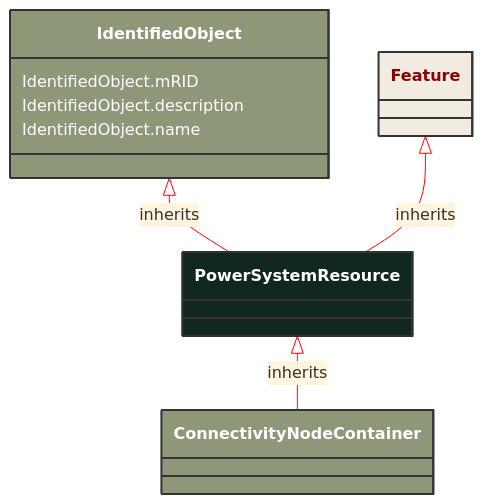
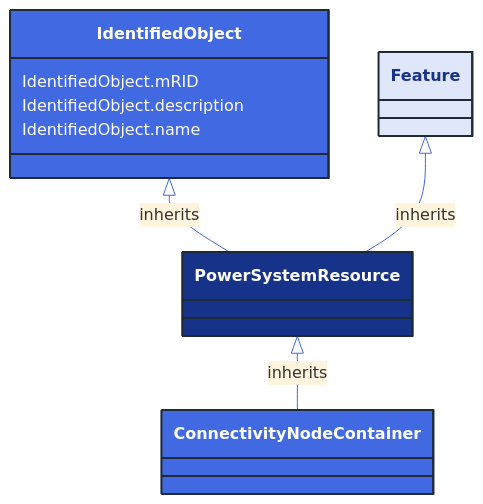
Before and after one commit to 3lbits/NoCIMExtensions: the diagram in docs/Models/Profiles/GridCapacity/AbstractClasses/PowerSystemResource.md, drawn with Mermaid. The commit also changed 362 other files, not shown here.

First line of the commit message:
Update diagrams and styles for improved visual consistency

````diff
--- a/docs/Models/Profiles/GridCapacity/AbstractClasses/PowerSystemResource.md
+++ b/docs/Models/Profiles/GridCapacity/AbstractClasses/PowerSystemResource.md
@@ -10,27 +10,27 @@
 ```mermaid
-%%{init: {'theme':'base','themeVariables': {'lineColor': '#FF0000'}}}%%
+%%{init: {'theme':'base','themeVariables': {'lineColor': '#4169E1'}}}%%
 classDiagram
     class PowerSystemResource
     click PowerSystemResource href "/Models/Profiles/GridCapacity/AbstractClasses/PowerSystemResource/"
-    style PowerSystemResource fill:#102820,stroke:#333,stroke-width:2px,rx:10,ry:10,color:white
+    style PowerSystemResource fill:#163289,stroke:#1F2A37,stroke-width:2px,rx:10,ry:10,color:white
 
         PowerSystemResource <|-- ConnectivityNodeContainer : inherits
 
         ConnectivityNodeContainer
             click ConnectivityNodeContainer href "/Models/Profiles/GridCapacity/AbstractClasses/ConnectivityNodeContainer/"
-            style ConnectivityNodeContainer fill:#8F9779,stroke:#333,stroke-width:2px,rx:10,ry:10,color:white
+            style ConnectivityNodeContainer fill:#4169E1,stroke:#1F2A37,stroke-width:2px,rx:10,ry:10,color:white
      
         IdentifiedObject <|-- PowerSystemResource : inherits
             click IdentifiedObject href "/Models/Profiles/GridCapacity/AbstractClasses/IdentifiedObject/"
-            style IdentifiedObject fill:#8F9779,stroke:#333,stroke-width:2px,rx:10,ry:10,color:white
+            style IdentifiedObject fill:#4169E1,stroke:#1F2A37,stroke-width:2px,rx:10,ry:10,color:white
 
         Feature <|-- PowerSystemResource : inherits
             click Feature href "/Models/Profiles/GridCapacity/AbstractClasses/Feature/"
-            style Feature fill:#F2EBE2,stroke:#333,stroke-width:2px,rx:10,ry:10,color:#8A0303
+            style Feature fill:#E0E7FA,stroke:#1F2A37,stroke-width:2px,rx:10,ry:10,color:#163289
 
 
 
         IdentifiedObject : IdentifiedObject.mRID
         IdentifiedObject : IdentifiedObject.description
         IdentifiedObject : IdentifiedObject.name
 ```
````
